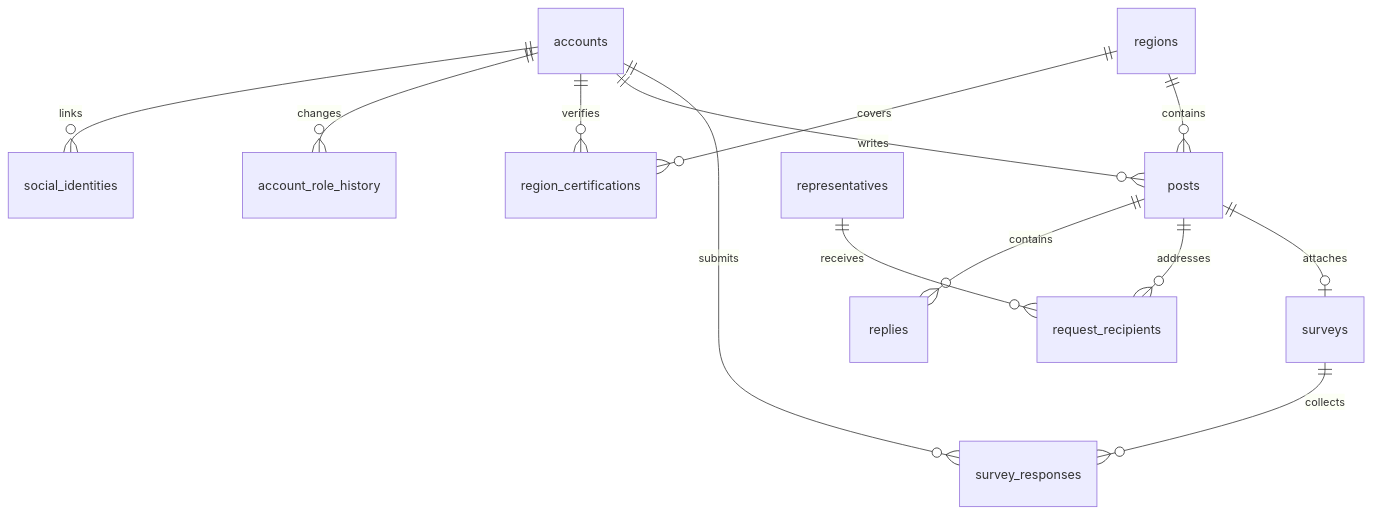
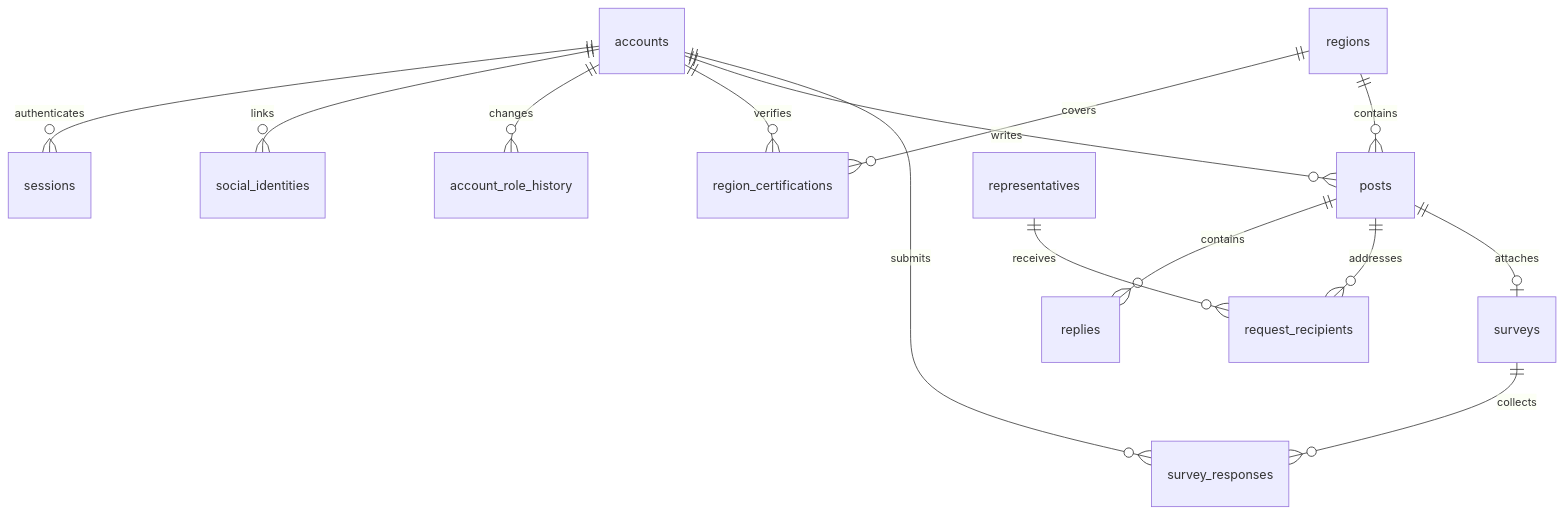
Before and after one commit to jinu23048235/my_political_agent: the diagram in docs/database-schema.md, drawn with Mermaid. The commit also changed other lines of this file and 55 other files, not shown here.

````diff
--- a/docs/database-schema.md
+++ b/docs/database-schema.md
@@ -7,15 +7,16 @@
 ```mermaid
 erDiagram
+  accounts ||--o{ sessions : authenticates
   accounts ||--o{ social_identities : links
   accounts ||--o{ account_role_history : changes
   accounts ||--o{ region_certifications : verifies
   regions ||--o{ region_certifications : covers
   regions ||--o{ posts : contains
   accounts ||--o{ posts : writes
   posts ||--o{ replies : contains
   posts ||--o{ request_recipients : addresses
   representatives ||--o{ request_recipients : receives
   posts ||--o| surveys : attaches
   surveys ||--o{ survey_responses : collects
   accounts ||--o{ survey_responses : submits
 ```
````
